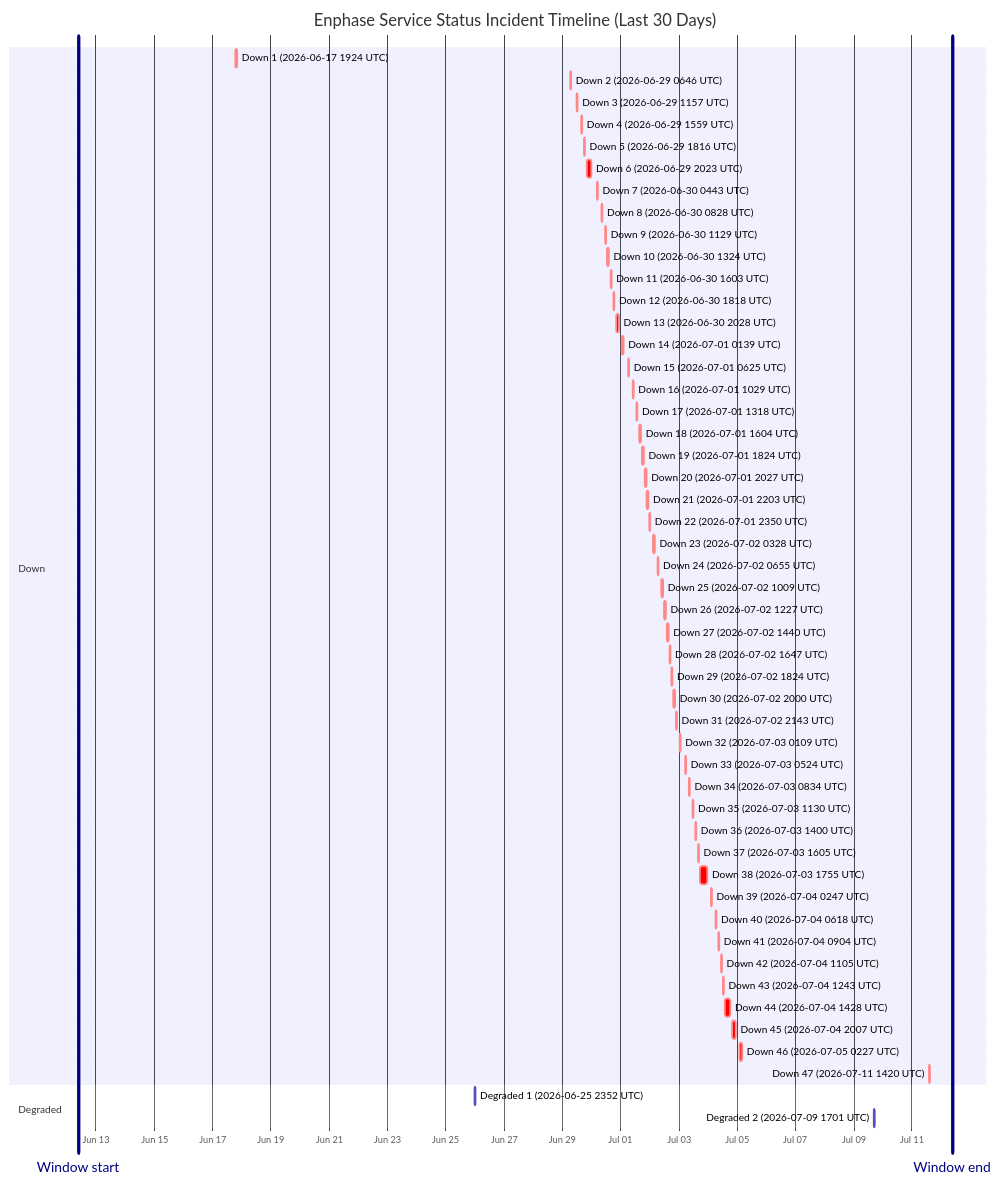
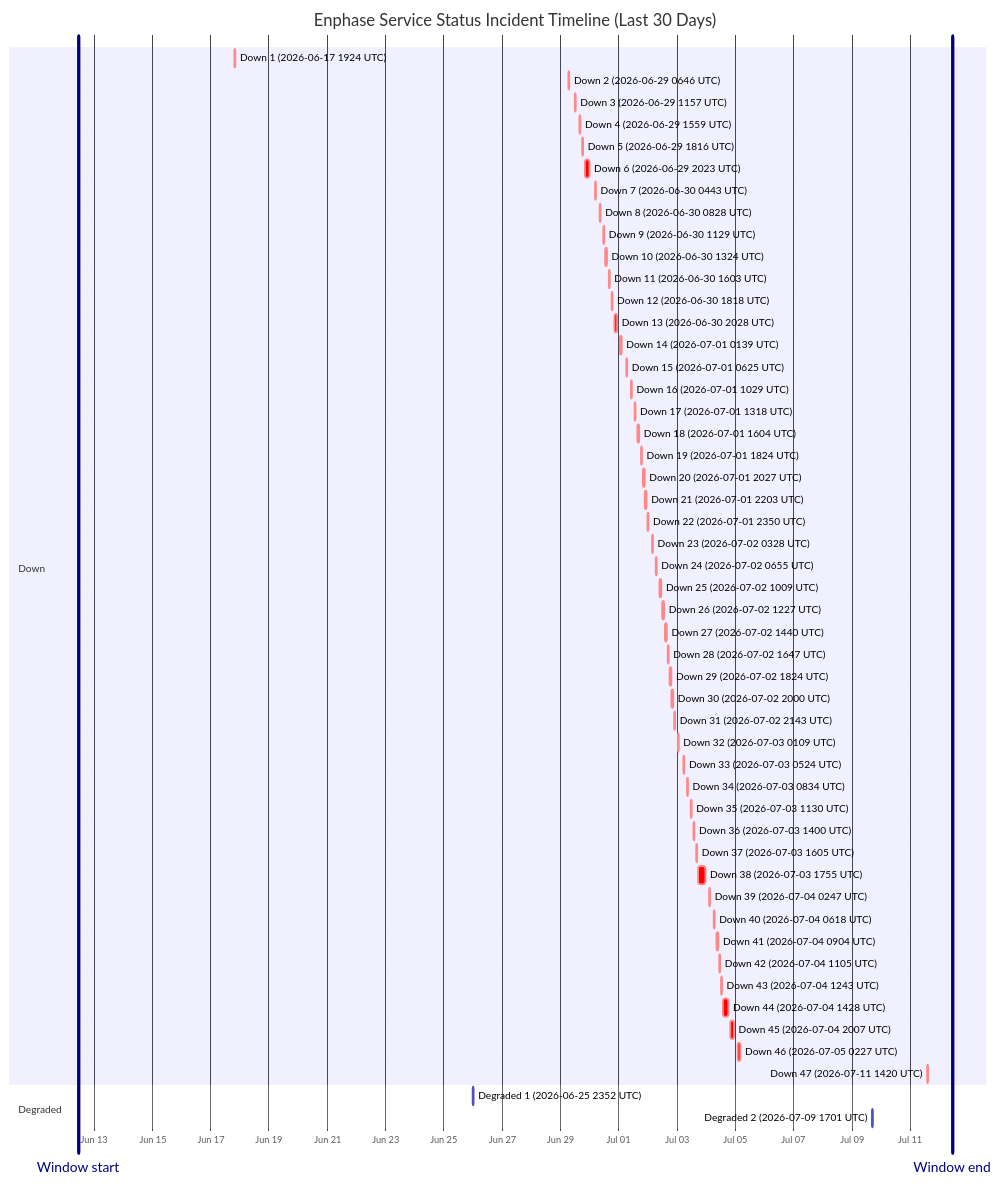
Before and after one commit to barneyonline/ha-enphase-energy: the diagram in wiki/Service-Status-History.md, drawn with Mermaid. The commit also changed other lines of this file and 3 other files, not shown here.

````diff
--- a/wiki/Service-Status-History.md
+++ b/wiki/Service-Status-History.md
@@ -14,59 +14,59 @@
 ```mermaid
 gantt
     title Enphase Service Status Incident Timeline (Last 30 Days)
     dateFormat  YYYY-MM-DDTHH:mm:ss
     axisFormat  %b %d
-    Window start :vert, window-start, 2026-06-12T09:27:12, 0ms
-    Window end :vert, window-end, 2026-07-12T09:27:12, 0ms
+    Window start :vert, window-start, 2026-06-12T10:54:38, 0ms
+    Window end :vert, window-end, 2026-07-12T10:54:38, 0ms
     section Down
     Down 1 (2026-06-17 1924 UTC) :crit, down-1, 2026-06-17T19:24:51, 60m
     Down 2 (2026-06-29 0646 UTC) :crit, down-2, 2026-06-29T06:46:18, 60m
     Down 3 (2026-06-29 1157 UTC) :crit, down-3, 2026-06-29T11:57:36, 60m
     Down 4 (2026-06-29 1559 UTC) :crit, down-4, 2026-06-29T15:59:02, 60m
     Down 5 (2026-06-29 1816 UTC) :crit, down-5, 2026-06-29T18:16:38, 60m
     Down 6 (2026-06-29 2023 UTC) :crit, down-6, 2026-06-29T20:23:16, 220m
     Down 7 (2026-06-30 0443 UTC) :crit, down-7, 2026-06-30T04:43:54, 60m
     Down 8 (2026-06-30 0828 UTC) :crit, down-8, 2026-06-30T08:28:43, 60m
     Down 9 (2026-06-30 1129 UTC) :crit, down-9, 2026-06-30T11:29:15, 60m
     Down 10 (2026-06-30 1324 UTC) :crit, down-10, 2026-06-30T13:24:25, 60m
     Down 11 (2026-06-30 1603 UTC) :crit, down-11, 2026-06-30T16:03:26, 60m
     Down 12 (2026-06-30 1818 UTC) :crit, down-12, 2026-06-30T18:18:39, 60m
     Down 13 (2026-06-30 2028 UTC) :crit, down-13, 2026-06-30T20:28:54, 171m
     Down 14 (2026-07-01 0139 UTC) :crit, down-14, 2026-07-01T01:39:18, 60m
     Down 15 (2026-07-01 0625 UTC) :crit, down-15, 2026-07-01T06:25:35, 60m
     Down 16 (2026-07-01 1029 UTC) :crit, down-16, 2026-07-01T10:29:24, 60m
     Down 17 (2026-07-01 1318 UTC) :crit, down-17, 2026-07-01T13:18:31, 60m
     Down 18 (2026-07-01 1604 UTC) :crit, down-18, 2026-07-01T16:04:29, 60m
     Down 19 (2026-07-01 1824 UTC) :crit, down-19, 2026-07-01T18:24:21, 60m
     Down 20 (2026-07-01 2027 UTC) :crit, down-20, 2026-07-01T20:27:17, 60m
     Down 21 (2026-07-01 2203 UTC) :crit, down-21, 2026-07-01T22:03:46, 60m
     Down 22 (2026-07-01 2350 UTC) :crit, down-22, 2026-07-01T23:50:52, 60m
     Down 23 (2026-07-02 0328 UTC) :crit, down-23, 2026-07-02T03:28:33, 60m
     Down 24 (2026-07-02 0655 UTC) :crit, down-24, 2026-07-02T06:55:07, 60m
     Down 25 (2026-07-02 1009 UTC) :crit, down-25, 2026-07-02T10:09:15, 60m
     Down 26 (2026-07-02 1227 UTC) :crit, down-26, 2026-07-02T12:27:49, 60m
     Down 27 (2026-07-02 1440 UTC) :crit, down-27, 2026-07-02T14:40:53, 60m
     Down 28 (2026-07-02 1647 UTC) :crit, down-28, 2026-07-02T16:47:47, 60m
     Down 29 (2026-07-02 1824 UTC) :crit, down-29, 2026-07-02T18:24:26, 60m
     Down 30 (2026-07-02 2000 UTC) :crit, down-30, 2026-07-02T20:00:57, 60m
     Down 31 (2026-07-02 2143 UTC) :crit, down-31, 2026-07-02T21:43:52, 80m
     Down 32 (2026-07-03 0109 UTC) :crit, down-32, 2026-07-03T01:09:19, 60m
     Down 33 (2026-07-03 0524 UTC) :crit, down-33, 2026-07-03T05:24:23, 60m
     Down 34 (2026-07-03 0834 UTC) :crit, down-34, 2026-07-03T08:34:05, 60m
     Down 35 (2026-07-03 1130 UTC) :crit, down-35, 2026-07-03T11:30:41, 60m
     Down 36 (2026-07-03 1400 UTC) :crit, down-36, 2026-07-03T14:00:48, 60m
     Down 37 (2026-07-03 1605 UTC) :crit, down-37, 2026-07-03T16:05:49, 60m
     Down 38 (2026-07-03 1755 UTC) :crit, down-38, 2026-07-03T17:55:54, 338m
     Down 39 (2026-07-04 0247 UTC) :crit, down-39, 2026-07-04T02:47:22, 60m
     Down 40 (2026-07-04 0618 UTC) :crit, down-40, 2026-07-04T06:18:09, 60m
     Down 41 (2026-07-04 0904 UTC) :crit, down-41, 2026-07-04T09:04:41, 60m
     Down 42 (2026-07-04 1105 UTC) :crit, down-42, 2026-07-04T11:05:21, 60m
     Down 43 (2026-07-04 1243 UTC) :crit, down-43, 2026-07-04T12:43:25, 60m
     Down 44 (2026-07-04 1428 UTC) :crit, down-44, 2026-07-04T14:28:07, 243m
     Down 45 (2026-07-04 2007 UTC) :crit, down-45, 2026-07-04T20:07:50, 206m
     Down 46 (2026-07-05 0227 UTC) :crit, down-46, 2026-07-05T02:27:32, 109m
     Down 47 (2026-07-11 1420 UTC) :crit, down-47, 2026-07-11T14:20:54, 69m
     section Degraded
     Degraded 1 (2026-06-25 2352 UTC) :active, degraded-1, 2026-06-25T23:52:01, 60m
     Degraded 2 (2026-07-09 1701 UTC) :active, degraded-2, 2026-07-09T17:01:02, 60m
 ```
````
